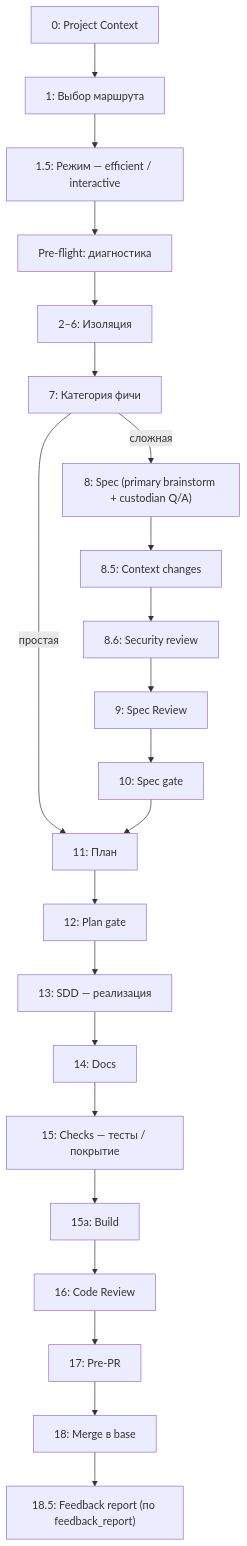
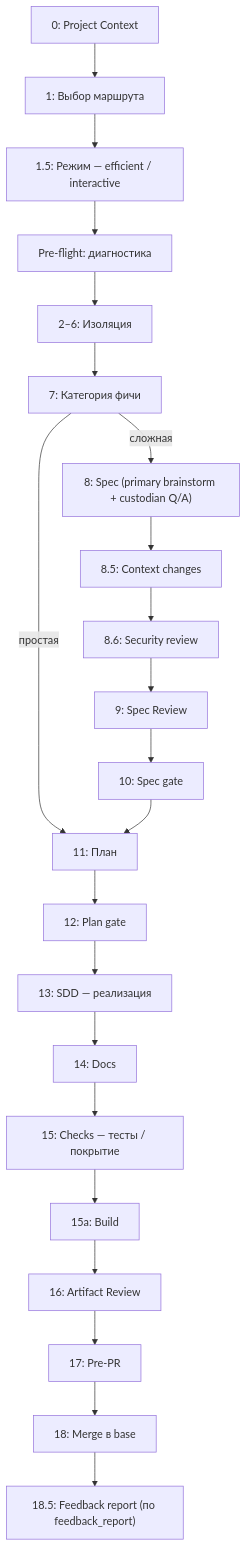
The first of 2 diagrams in manual_docs/explanation/pipeline-overview.md (wad-jet/maestro), drawn with Mermaid before and after one commit. The commit also changed other lines of this file and 10 other files, not shown here.

````diff
--- a/manual_docs/explanation/pipeline-overview.md
+++ b/manual_docs/explanation/pipeline-overview.md
@@ -76,27 +76,27 @@
 ```mermaid
 flowchart TB
   Step0["0: Project Context"] --> Step1["1: Выбор маршрута"]
   Step1 --> Step15["1.5: Режим — efficient / interactive"]
   Step15 --> Step2["Pre-flight: диагностика"]
   Step2 --> Step3_6["2–6: Изоляция"]
   Step3_6 --> Step7["7: Категория фичи"]
 
   Step7 -- сложная --> Step8["8: Spec (primary brainstorm + custodian Q/A)"]
   Step7 -- простая --> Step11["11: План"]
 
   Step8 --> Step85["8.5: Context changes"]
   Step85 --> Step86["8.6: Security review"]
   Step86 --> Step9["9: Spec Review"]
   Step9 --> Step10["10: Spec gate"]
   Step10 --> Step11
 
   Step11 --> Step12["12: Plan gate"]
   Step12 --> Step13["13: SDD — реализация"]
   Step13 --> Step14["14: Docs"]
   Step14 --> Step15a["15: Checks — тесты / покрытие"]
   Step15a --> Step15b["15a: Build"]
-  Step15b --> Step16["16: Code Review"]
+  Step15b --> Step16["16: Artifact Review"]
   Step16 --> Step17["17: Pre-PR"]
   Step17 --> Step18["18: Merge в base"]
   Step18 --> Step185["18.5: Feedback report (по feedback_report)"]
 ```
````
